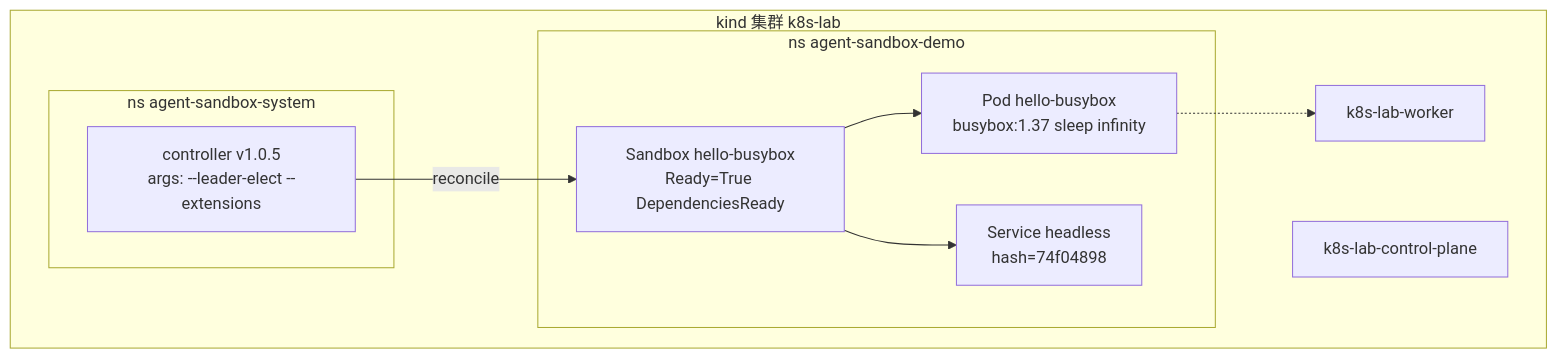
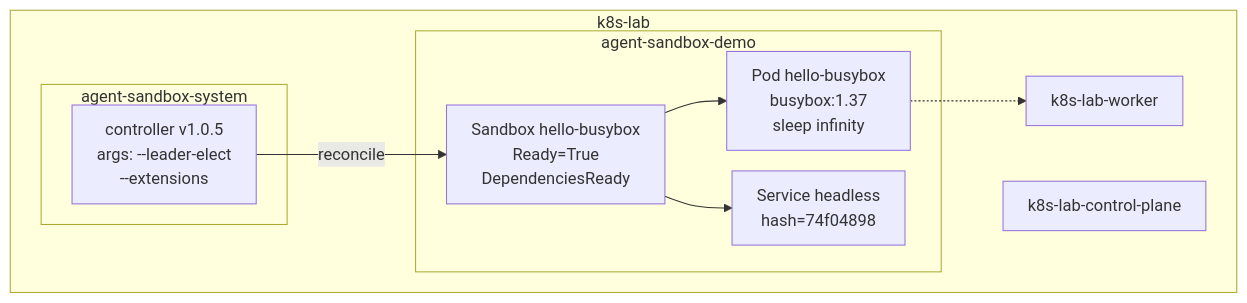
Diagram 11 of 11 in docs/agent-sandbox-operator.md (forrestIsRunning/kind-k8s-learning), drawn with Mermaid before and after one commit. The commit also changed other lines of this file and 2 other files, not shown here.

Commit message:
Stop mermaid diagrams from clipping labels and bottoms.

````diff
--- a/docs/agent-sandbox-operator.md
+++ b/docs/agent-sandbox-operator.md
@@ -328,22 +430,32 @@
 ```mermaid
+---
+config:
+  flowchart:
+    htmlLabels: true
+    wrappingWidth: 200
+    padding: 12
+    useMaxWidth: false
+    rankSpacing: 35
+    nodeSpacing: 20
+---
 flowchart TB
-  subgraph kind["kind 集群 k8s-lab"]
+  subgraph kind["k8s-lab"]
     CP["k8s-lab-control-plane"]
     WK["k8s-lab-worker"]
 
-    subgraph sys["ns agent-sandbox-system"]
-      CTRL["controller v1.0.5<br/>args: --leader-elect --extensions"]
+    subgraph sys["agent-sandbox-system"]
+      CTRL["controller v1.0.5<br/>args: --leader-elect<br/>--extensions"]
     end
 
-    subgraph demo["ns agent-sandbox-demo"]
-      SB["Sandbox hello-busybox<br/>Ready=True DependenciesReady"]
-      POD["Pod hello-busybox<br/>busybox:1.37 sleep infinity"]
+    subgraph demo["agent-sandbox-demo"]
+      SB["Sandbox hello-busybox<br/>Ready=True<br/>DependenciesReady"]
+      POD["Pod hello-busybox<br/>busybox:1.37<br/>sleep infinity"]
       SVC["Service headless<br/>hash=74f04898"]
     end
   end
 
   CTRL -->|"reconcile"| SB
   SB --> POD
   SB --> SVC
   POD -.-> WK
 ```
````
